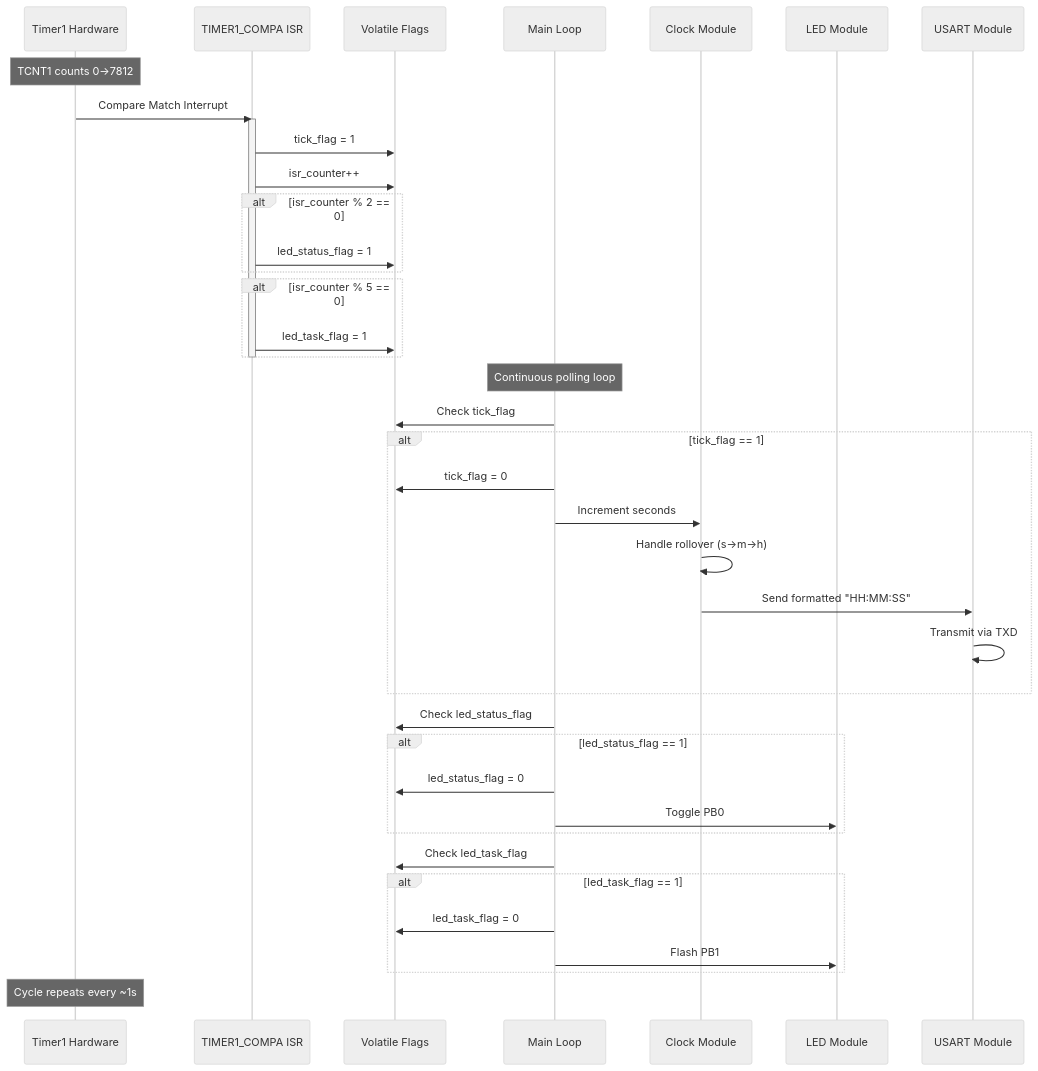
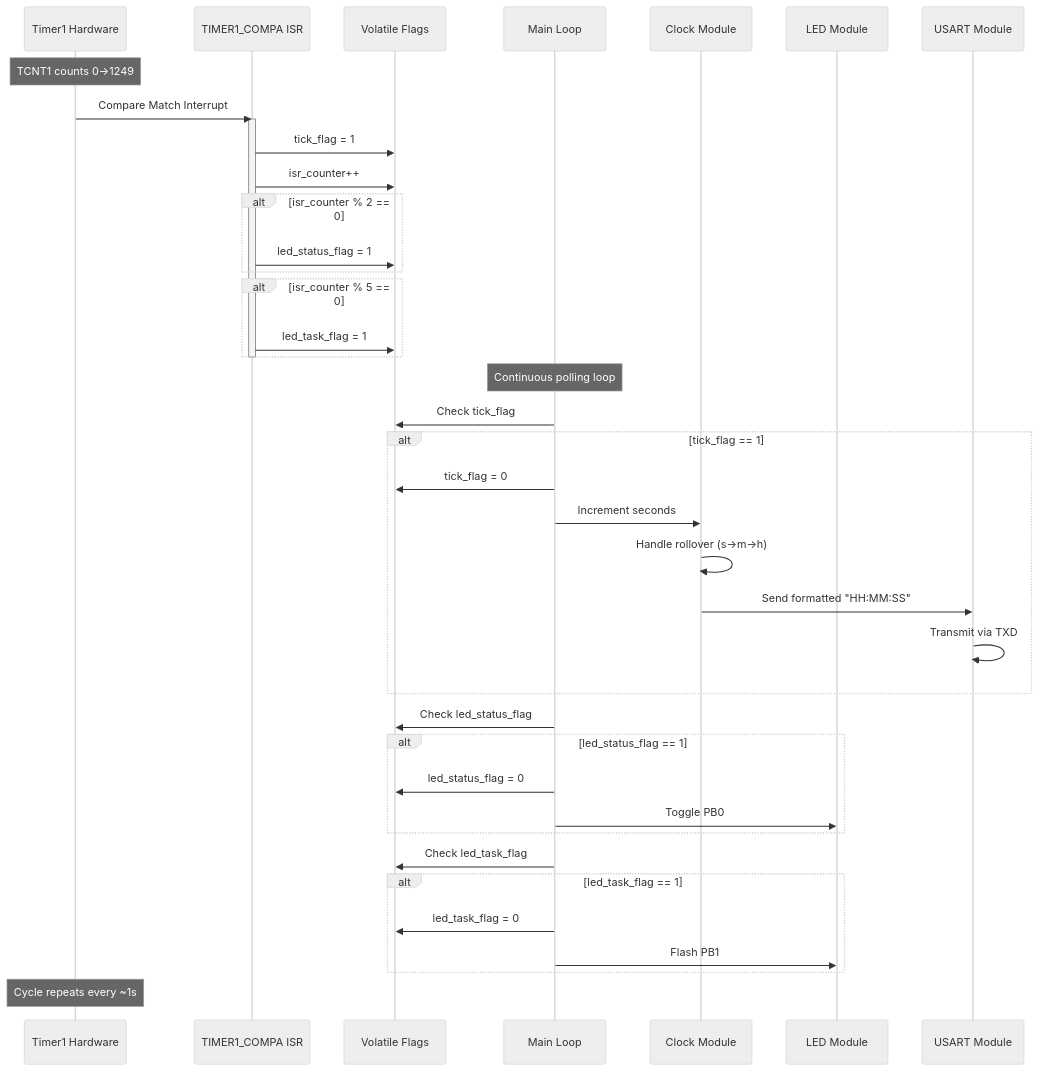
Before and after one commit to chikotaraufu-netizen/ATmega32_Timer_Digital_Clock_Scheduler-: the fifth of 5 diagrams in documentation/block_diagram.md, drawn with Mermaid (neutral theme). The commit also changed other lines of this file and 7 other files, not shown here.

````diff
--- a/documentation/block_diagram.md
+++ b/documentation/block_diagram.md
@@ -270,49 +270,49 @@
 ```mermaid
 sequenceDiagram
     participant T1 as Timer1 Hardware
     participant ISR as TIMER1_COMPA ISR
     participant FLAGS as Volatile Flags
     participant MAIN as Main Loop
     participant CLK as Clock Module
     participant LED as LED Module
     participant UART as USART Module
 
-    Note over T1: TCNT1 counts 0→7812
+    Note over T1: TCNT1 counts 0→1249
 
     T1->>ISR: Compare Match Interrupt
     activate ISR
     ISR->>FLAGS: tick_flag = 1
     ISR->>FLAGS: isr_counter++
     alt isr_counter % 2 == 0
         ISR->>FLAGS: led_status_flag = 1
     end
     alt isr_counter % 5 == 0
         ISR->>FLAGS: led_task_flag = 1
     end
     deactivate ISR
 
     Note over MAIN: Continuous polling loop
 
     MAIN->>FLAGS: Check tick_flag
     alt tick_flag == 1
         MAIN->>FLAGS: tick_flag = 0
         MAIN->>CLK: Increment seconds
         CLK->>CLK: Handle rollover (s→m→h)
         CLK->>UART: Send formatted "HH:MM:SS"
         UART->>UART: Transmit via TXD
     end
 
     MAIN->>FLAGS: Check led_status_flag
     alt led_status_flag == 1
         MAIN->>FLAGS: led_status_flag = 0
         MAIN->>LED: Toggle PB0
     end
 
     MAIN->>FLAGS: Check led_task_flag
     alt led_task_flag == 1
         MAIN->>FLAGS: led_task_flag = 0
         MAIN->>LED: Flash PB1
     end
 
     Note over T1: Cycle repeats every ~1s
 ```
````
